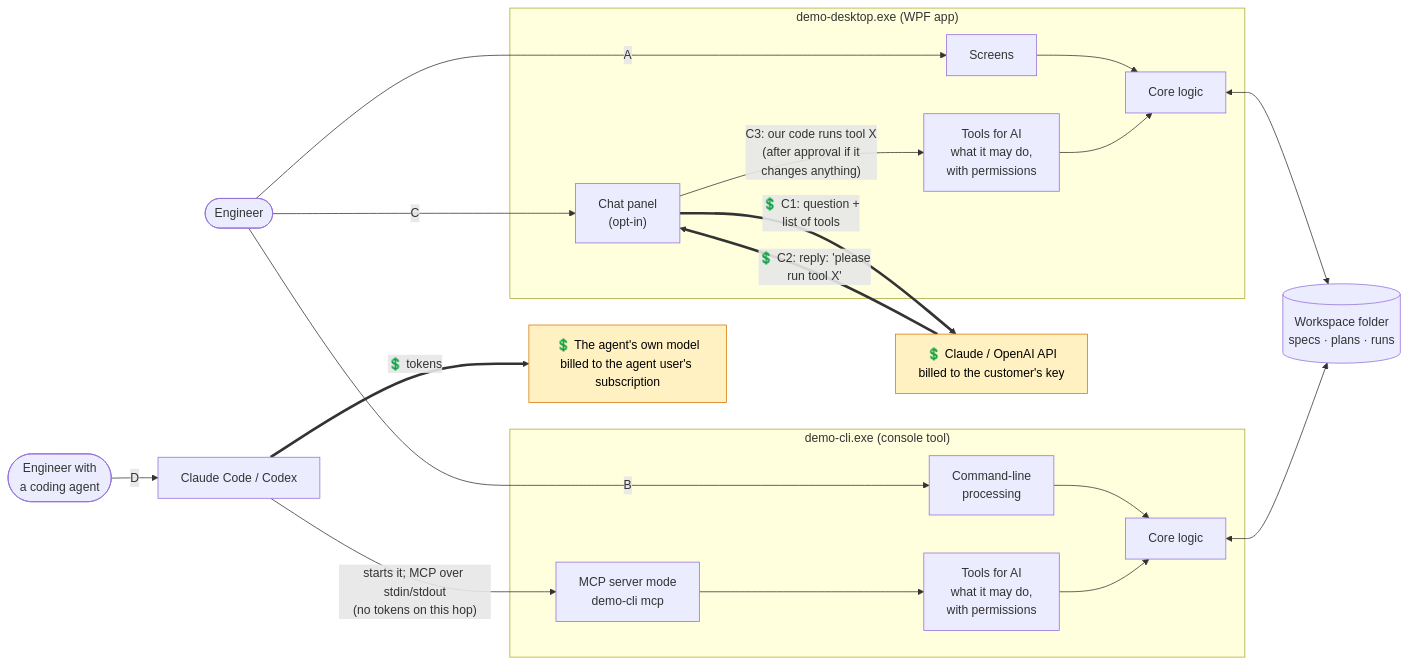
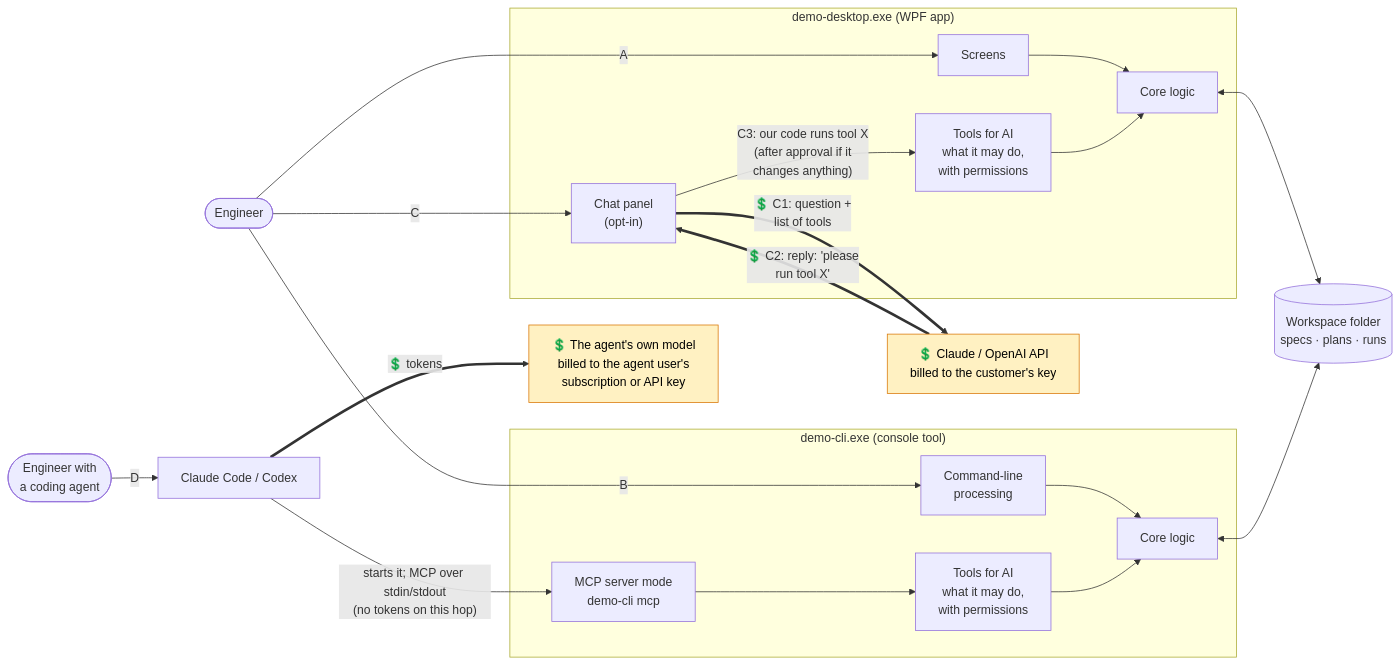
One commit to RelentlessOldMan/ChatbotAddonDemo changed the diagram in README.md. Above: the diagram before and after it, drawn with Mermaid. The commit also changed other lines of this file and 8 other files, not shown here.

First line of the commit message:
Docs: add a glossary, use one name per concept, and fix cost, data-flow and factual details

````diff
--- a/README.md
+++ b/README.md
@@ -20,38 +31,38 @@
 ```mermaid
 flowchart LR
     eng(["Engineer"])
     dev(["Engineer with<br/>a coding agent"])
 
     subgraph desktop["demo-desktop.exe (WPF app)"]
         ui["Screens"]
         chat["Chat panel<br/>(opt-in)"]
         dcap["Tools for AI<br/>what it may do,<br/>with permissions"]
         dlogic["Core logic"]
     end
     subgraph cli["demo-cli.exe (console tool)"]
         cmds["Command-line<br/>processing"]
         mcp["MCP server mode<br/>demo-cli mcp"]
         ccap["Tools for AI<br/>what it may do,<br/>with permissions"]
         clogic["Core logic"]
     end
 
     llm["💲 Claude / OpenAI API<br/>billed to the customer's key"]
     agent["Claude Code / Codex"]
-    agentllm["💲 The agent's own model<br/>billed to the agent user's subscription"]
+    agentllm["💲 The agent's own model<br/>billed to the agent user's<br/>subscription or API key"]
     ws[("Workspace folder<br/>specs · plans · runs")]
 
     eng -- A --> ui --> dlogic
     eng -- B --> cmds --> clogic
     eng -- C --> chat
     chat == "💲 C1: question +<br/>list of tools" ==> llm
     llm == "💲 C2: reply: 'please<br/>run tool X'" ==> chat
     chat -- "C3: our code runs tool X<br/>(after approval if it<br/>changes anything)" --> dcap --> dlogic
     dev -- D --> agent
     agent == "💲 tokens" ==> agentllm
     agent -- "starts it; MCP over stdin/stdout<br/>(no tokens on this hop)" --> mcp --> ccap --> clogic
     dlogic <--> ws
     clogic <--> ws
 
     classDef paid fill:#fff1c2,stroke:#d97706,color:#000
     class llm,agentllm paid
 ```
````
